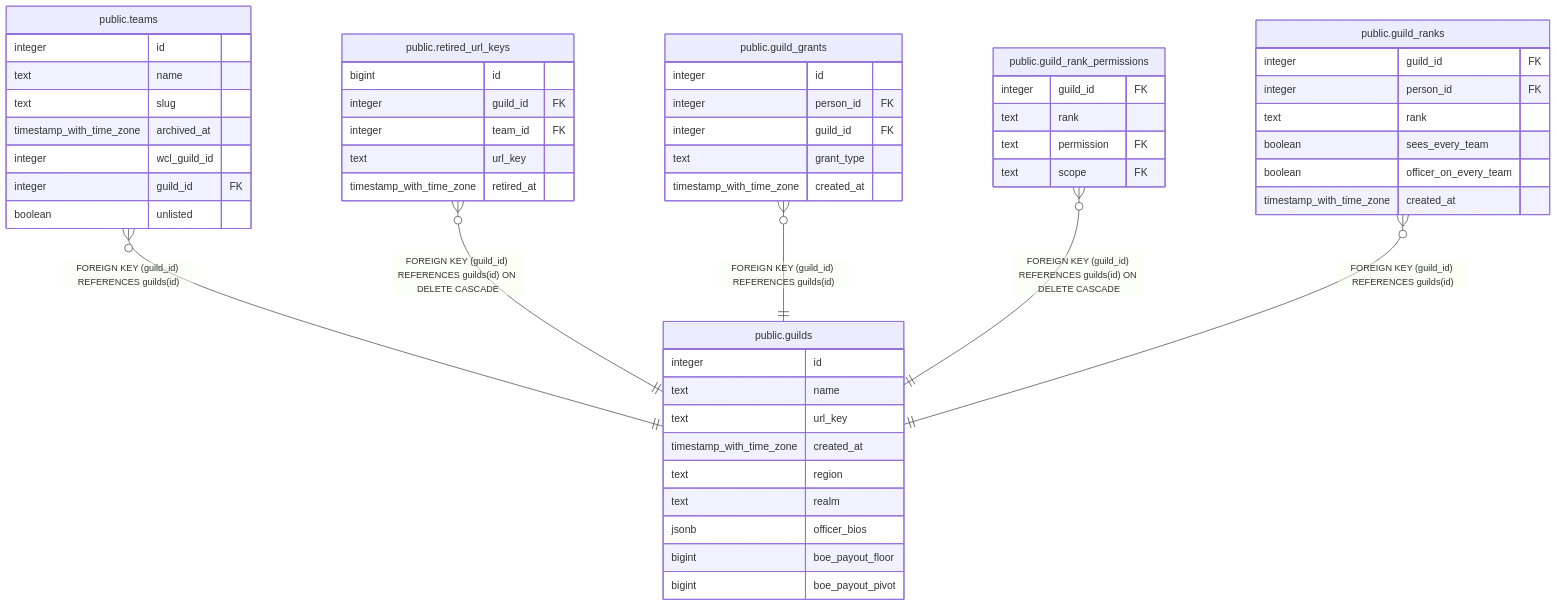
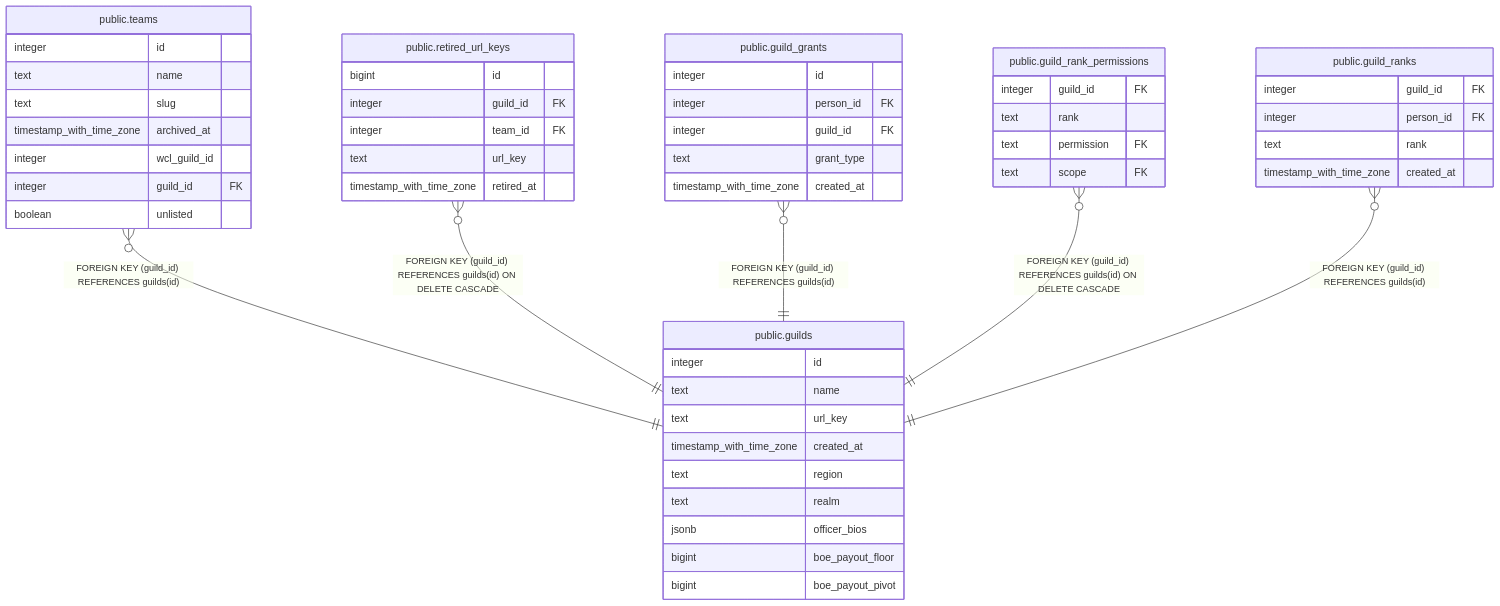
The diagram in dbdoc/public.guilds.md (katogaming88/WGA-Raid-Hub), drawn with Mermaid before and after one commit. The commit also changed 46 other files, not shown here.

First line of the commit message:
A guild rank only reads inside a team: See every team (read-only) on the guild grid; the two switches go (#1647, part 2, Kat)

````diff
--- a/dbdoc/public.guilds.md
+++ b/dbdoc/public.guilds.md
@@ -49,58 +49,56 @@
 ```mermaid
 erDiagram
 
 "public.teams" }o--|| "public.guilds" : "FOREIGN KEY (guild_id) REFERENCES guilds(id)"
 "public.retired_url_keys" }o--|| "public.guilds" : "FOREIGN KEY (guild_id) REFERENCES guilds(id) ON DELETE CASCADE"
 "public.guild_grants" }o--|| "public.guilds" : "FOREIGN KEY (guild_id) REFERENCES guilds(id)"
 "public.guild_rank_permissions" }o--|| "public.guilds" : "FOREIGN KEY (guild_id) REFERENCES guilds(id) ON DELETE CASCADE"
 "public.guild_ranks" }o--|| "public.guilds" : "FOREIGN KEY (guild_id) REFERENCES guilds(id)"
 
 "public.guilds" {
   integer id
   text name
   text url_key
   timestamp_with_time_zone created_at
   text region
   text realm
   jsonb officer_bios
   bigint boe_payout_floor
   bigint boe_payout_pivot
 }
 "public.teams" {
   integer id
   text name
   text slug
   timestamp_with_time_zone archived_at
   integer wcl_guild_id
   integer guild_id FK
   boolean unlisted
 }
 "public.retired_url_keys" {
   bigint id
   integer guild_id FK
   integer team_id FK
   text url_key
   timestamp_with_time_zone retired_at
 }
 "public.guild_grants" {
   integer id
   integer person_id FK
   integer guild_id FK
   text grant_type
   timestamp_with_time_zone created_at
 }
 "public.guild_rank_permissions" {
   integer guild_id FK
   text rank
   text permission FK
   text scope FK
 }
 "public.guild_ranks" {
   integer guild_id FK
   integer person_id FK
   text rank
-  boolean sees_every_team
-  boolean officer_on_every_team
   timestamp_with_time_zone created_at
 }
 ```
````
